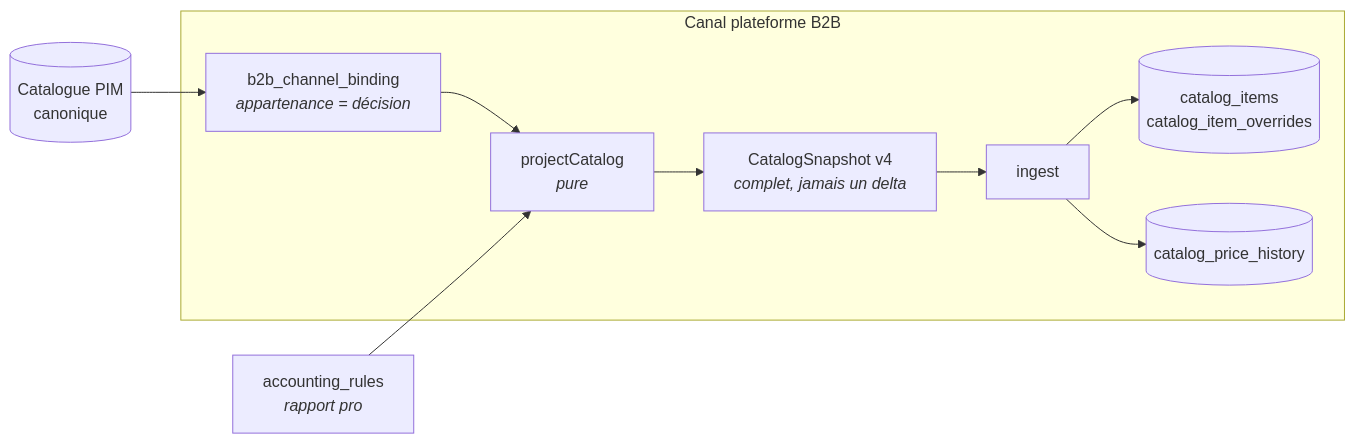
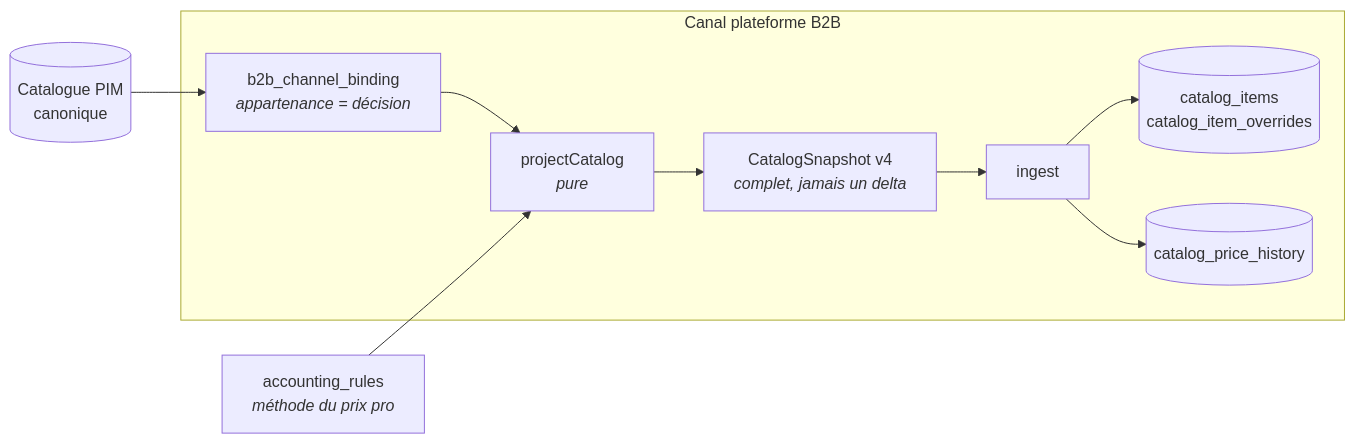
One commit to hugoheynard/lfd changed the third of 4 diagrams in documentation/pim/flux-catalogue-et-versionnement.md. Above: the diagram before and after it, drawn with Mermaid. The commit also changed other lines of this file and 25 other files, not shown here.

````diff
--- a/documentation/pim/flux-catalogue-et-versionnement.md
+++ b/documentation/pim/flux-catalogue-et-versionnement.md
@@ -117,18 +117,18 @@
 ```mermaid
 flowchart LR
     PIM[("Catalogue PIM<br/>canonique")]
 
     subgraph B2B["Canal plateforme B2B"]
         MB["b2b_channel_binding<br/><i>appartenance = décision</i>"]
         PJ["projectCatalog<br/><i>pure</i>"]
         SNAP["CatalogSnapshot v4<br/><i>complet, jamais un delta</i>"]
         ING["ingest"]
         CI[("catalog_items<br/>catalog_item_overrides")]
         CPH[("catalog_price_history")]
         MB --> PJ --> SNAP --> ING --> CI
         ING --> CPH
     end
 
     PIM --> MB
-    ACCR["accounting_rules<br/><i>rapport pro</i>"] --> PJ
+    ACCR["accounting_rules<br/><i>méthode du prix pro</i>"] --> PJ
 ```
````
